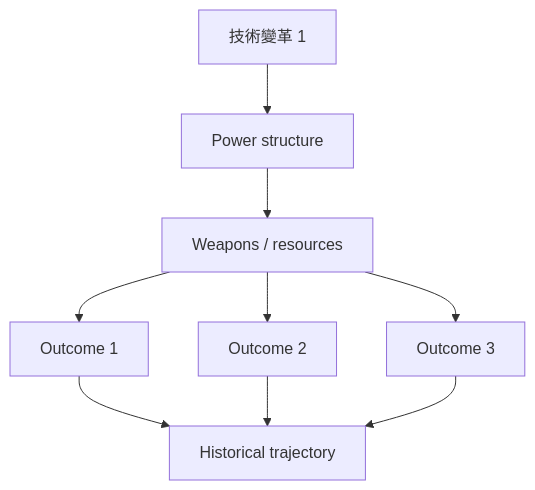
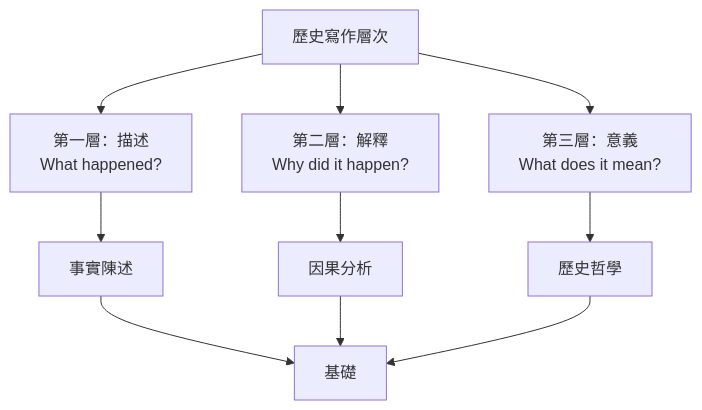
One commit to yip-lgtm/HKU-Harvard-History-Self-Study changed the third of 10 diagrams in 01_HKU_Courses/HIST4023_History_Research_Project.md. Above: the diagram before and after it, drawn with Mermaid. The commit also changed other lines of this file and 65 other files, not shown here.

````diff
--- a/01_HKU_Courses/HIST4023_History_Research_Project.md
+++ b/01_HKU_Courses/HIST4023_History_Research_Project.md
@@ -185,11 +202,12 @@
 ```mermaid
-graph TD
-    A[技術變革 1] --> B[Power structure]
-    B --> C[Weapons / resources]
-    C --> D[Outcome 1]
-    C --> E[Outcome 2]
-    C --> F[Outcome 3]
-    D --> G[Historical trajectory]
-    E --> G
-    F --> G
+flowchart TD
+    A[歷史寫作層次] --> B[第一層：描述<br/>What happened?]
+    A --> C[第二層：解釋<br/>Why did it happen?]
+    A --> D[第三層：意義<br/>What does it mean?]
+    B --> E[事實陳述]
+    C --> F[因果分析]
+    D --> G[歷史哲學]
+    E --> H[基礎]
+    F --> H
+    G --> H
 ```
````
